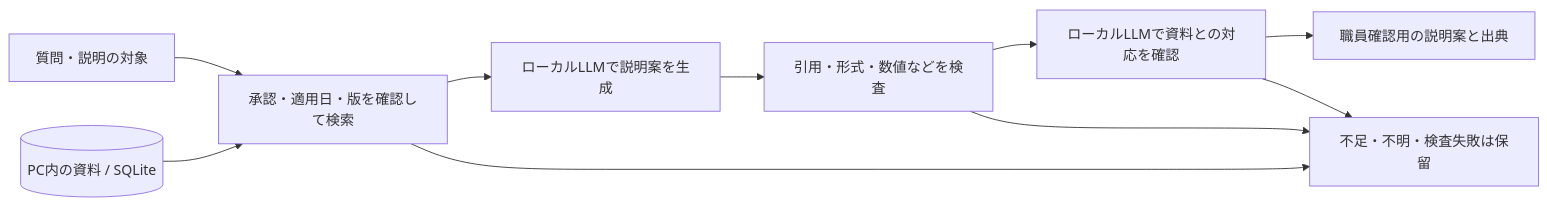
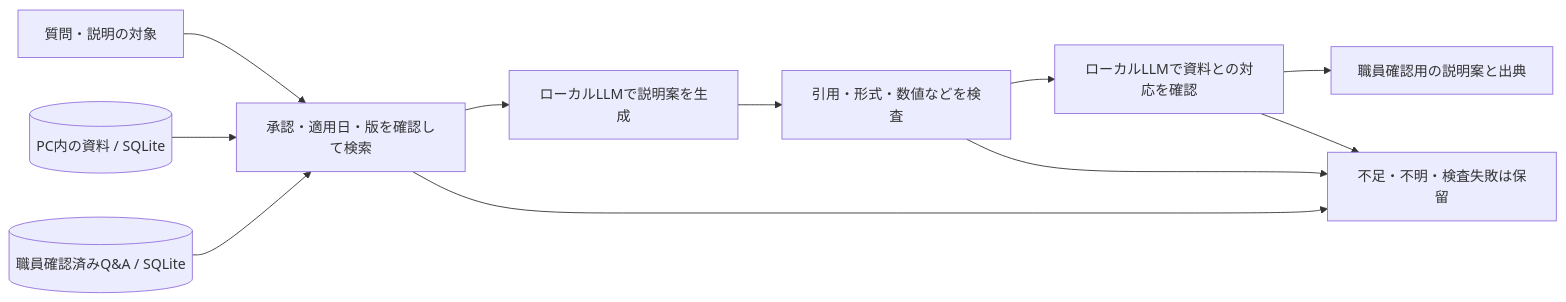
Before and after one commit to yutoo77/museum-evidence-lab: the diagram in README.md, drawn with Mermaid. The commit also changed other lines of this file and 12 other files, not shown here.

````diff
--- a/README.md
+++ b/README.md
@@ -51,12 +52,13 @@
 ```mermaid
 flowchart LR
     U[質問・説明の対象] --> R[承認・適用日・版を確認して検索]
     D[(PC内の資料 / SQLite)] --> R
+    Q[(職員確認済みQ&A / SQLite)] --> R
     R --> G[ローカルLLMで説明案を生成]
     G --> C[引用・形式・数値などを検査]
     C --> V[ローカルLLMで資料との対応を確認]
     V --> A[職員確認用の説明案と出典]
     R --> H[不足・不明・検査失敗は保留]
     C --> H
     V --> H
 ```
````
